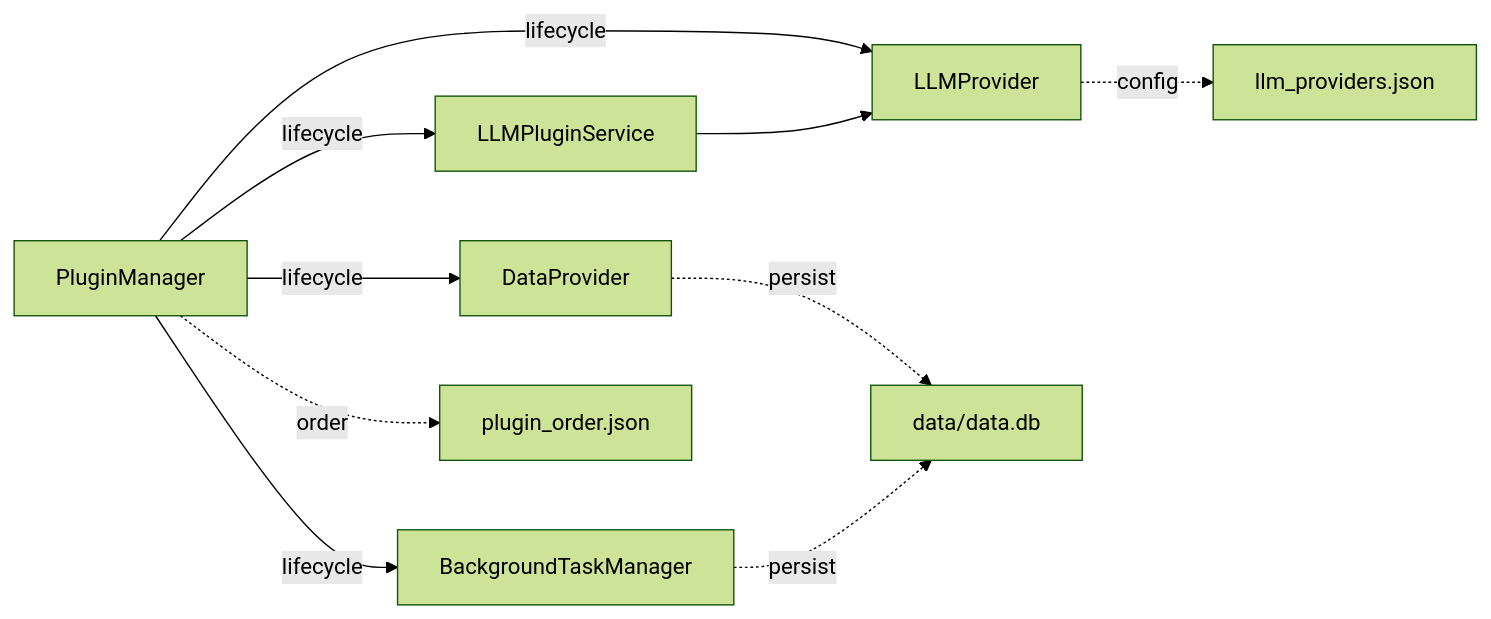
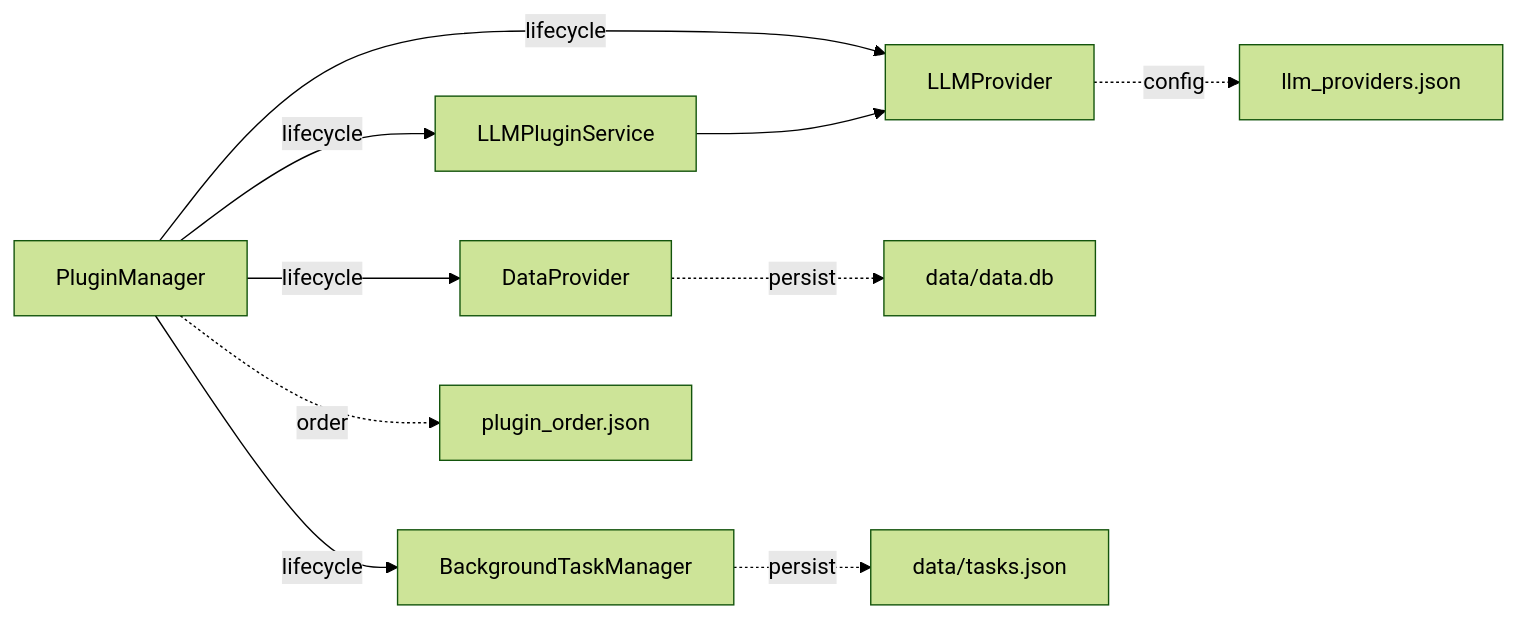
One commit to KKPIP-Tech/InstructionX changed the second of 14 diagrams in docs/architecture/full-analysis.md. Above: the diagram before and after it, drawn with Mermaid (forest theme). The commit also changed other lines of this file and 35 other files, not shown here.

````diff
--- a/docs/architecture/full-analysis.md
+++ b/docs/architecture/full-analysis.md
@@ -170,13 +167,13 @@
 ```mermaid
 graph LR
     PM[PluginManager] -->|lifecycle| DP[DataProvider]
     PM -->|lifecycle| BTM[BackgroundTaskManager]
     PM -->|lifecycle| LLMP[LLMProvider]
     PM -->|lifecycle| LLMS[LLMPluginService]
 
     DP -.->|persist| storage[data/data.db]
-    BTM -.->|persist| storage
+    BTM -.->|persist| taskstore[data/tasks.json]
     LLMP -.->|config| llmcfg[llm_providers.json]
     LLMS --> LLMP
     PM -.->|order| porder[plugin_order.json]
 ```
````
